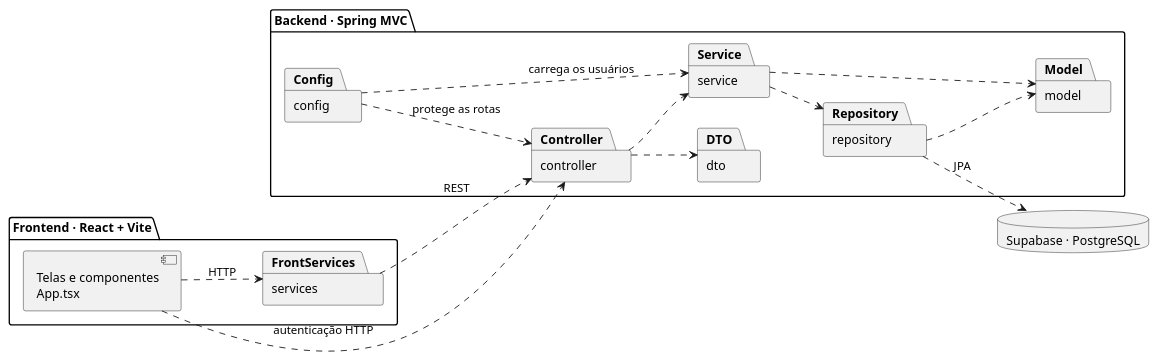
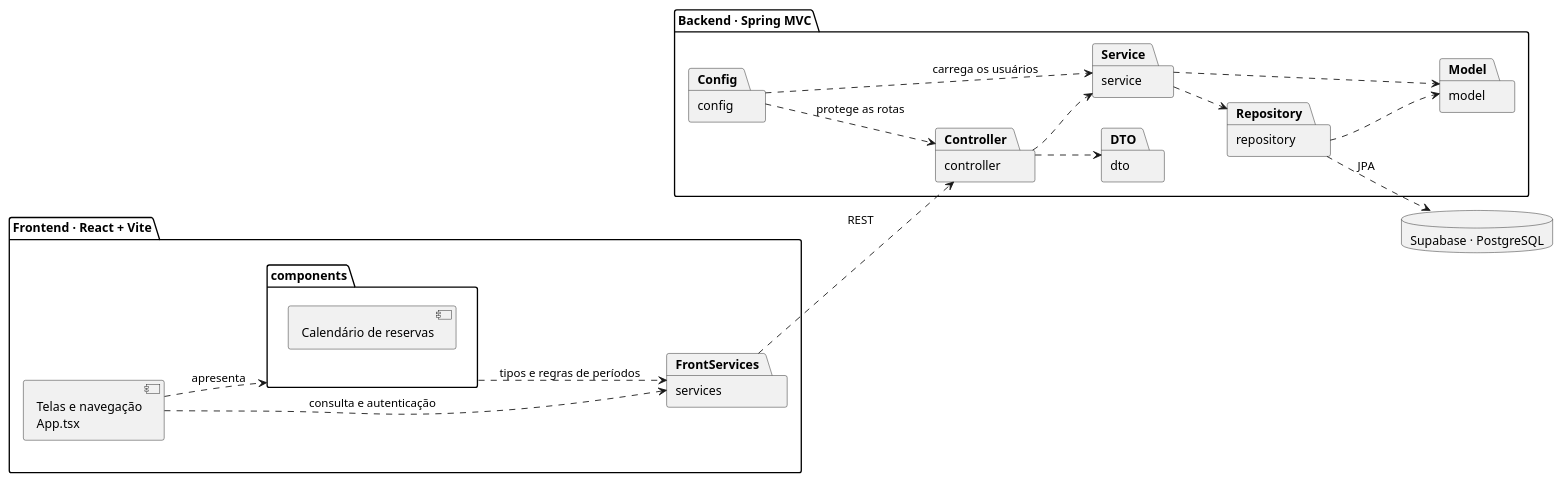
One commit to MayraSantos06/sistema-aluguel-carros changed the diagram in documentacao/uml/diagrama-pacotes.puml. Above: the diagram before and after it, drawn with PlantUML. The commit also changed 2 other files, not shown here.

```diff
--- a/documentacao/uml/diagrama-pacotes.puml
+++ b/documentacao/uml/diagrama-pacotes.puml
@@ -1,27 +1,31 @@
 @startuml
 left to right direction
 package "Frontend · React + Vite" {
-  [Telas e componentes\nApp.tsx] as App
+  [Telas e navegação\nApp.tsx] as App
+  package "components" as Components {
+    [Calendário de reservas]
+  }
   package "services" as FrontServices
 }
 package "Backend · Spring MVC" {
   package "config" as Config
   package "controller" as Controller
   package "service" as Service
   package "repository" as Repository
   package "model" as Model
   package "dto" as DTO
 }
 database "Supabase · PostgreSQL" as DB
-App ..> FrontServices : HTTP
-App ..> Controller : autenticação HTTP
+App ..> Components : apresenta
+App ..> FrontServices : consulta e autenticação
+Components ..> FrontServices : tipos e regras de períodos
 FrontServices ..> Controller : REST
 Config ..> Controller : protege as rotas
 Config ..> Service : carrega os usuários
 Controller ..> DTO
 Controller ..> Service
 Service ..> Repository
 Service ..> Model
 Repository ..> Model
 Repository ..> DB : JPA
 @enduml
```
